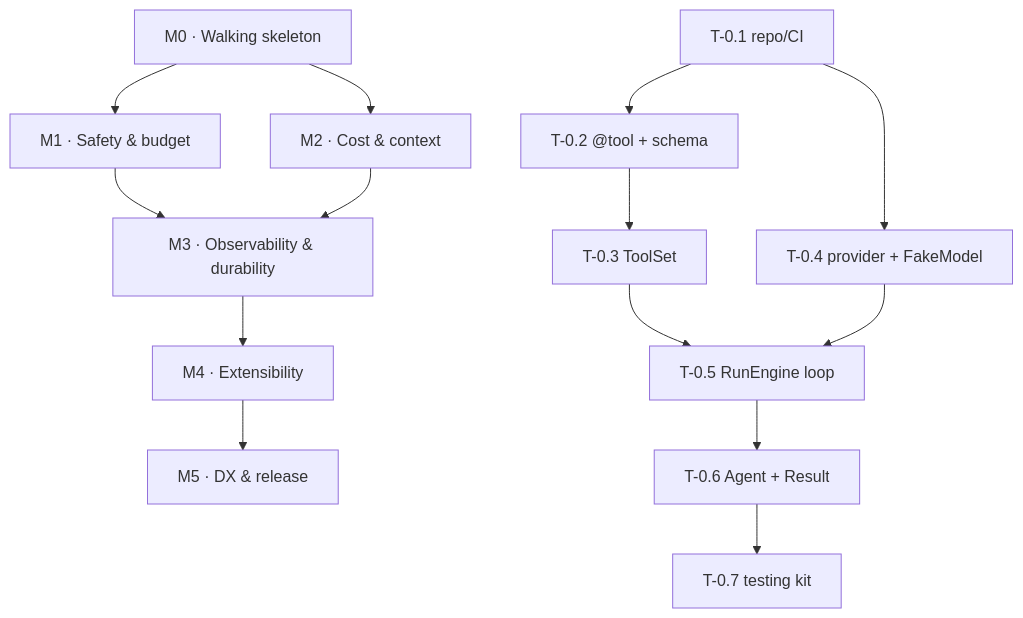
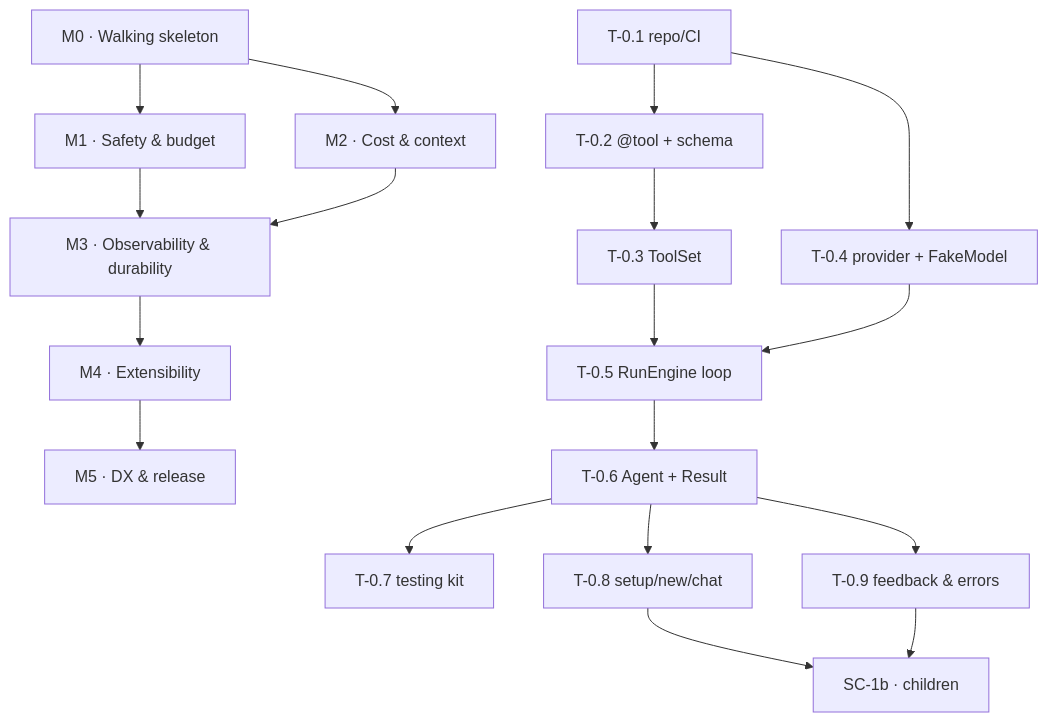
Before and after one commit to nqthiep/harness: the diagram in docs/11-implementation-plan.md, drawn with Mermaid. The commit also changed other lines of this file and 14 other files, not shown here.

````diff
--- a/docs/11-implementation-plan.md
+++ b/docs/11-implementation-plan.md
@@ -18,17 +18,21 @@
 ```mermaid
 graph TD
   M0["M0 · Walking skeleton"] --> M1["M1 · Safety & budget"]
   M0 --> M2["M2 · Cost & context"]
   M1 --> M3["M3 · Observability & durability"]
   M2 --> M3
   M3 --> M4["M4 · Extensibility"]
   M4 --> M5["M5 · DX & release"]
 
   T00["T-0.1 repo/CI"] --> T01["T-0.2 @tool + schema"]
   T01 --> T02["T-0.3 ToolSet"]
   T00 --> T03["T-0.4 provider + FakeModel"]
   T02 --> T04["T-0.5 RunEngine loop"]
   T03 --> T04
   T04 --> T05["T-0.6 Agent + Result"]
   T05 --> T06["T-0.7 testing kit"]
+  T05 --> T07["T-0.8 setup/new/chat"]
+  T05 --> T08["T-0.9 feedback & errors"]
+  T07 --> SC["SC-1b · children"]
+  T08 --> SC
 ```
````
